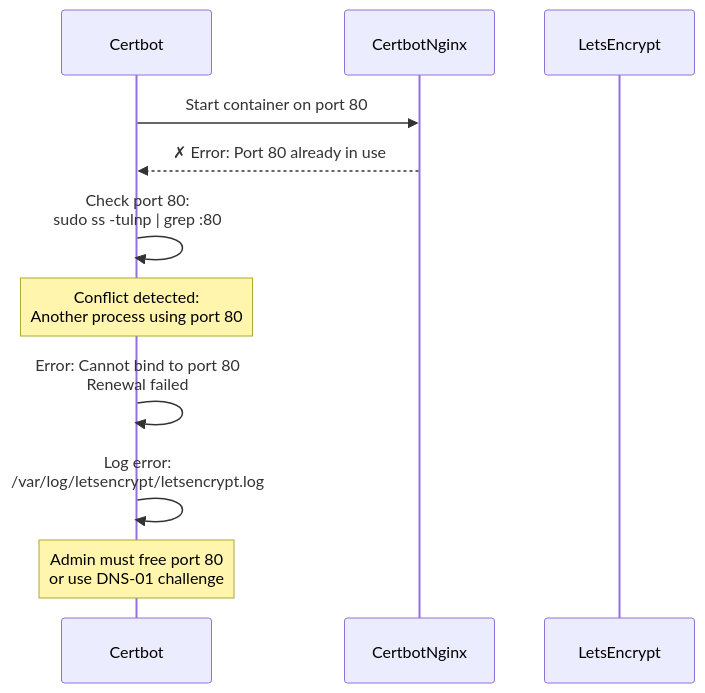
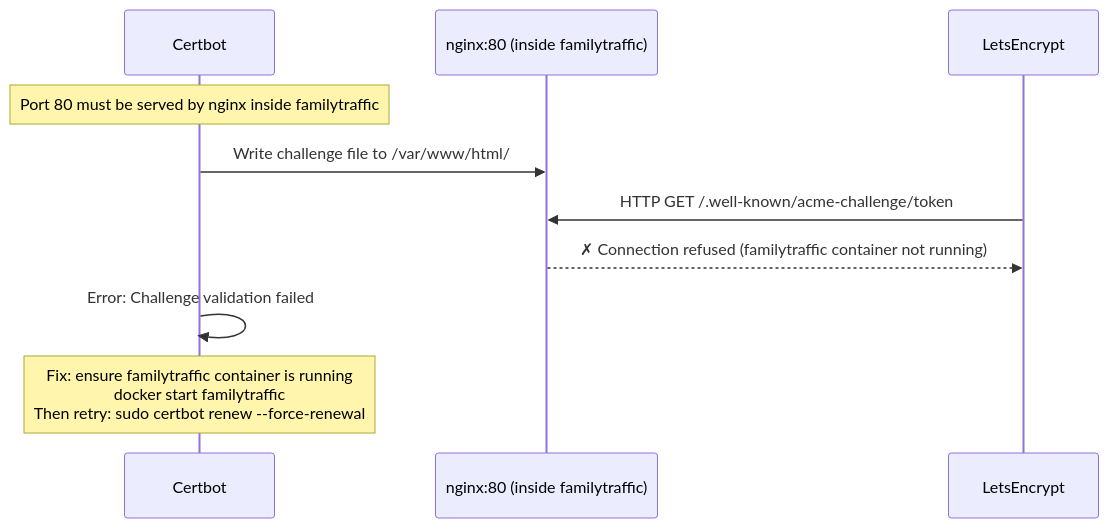
One commit to ikeniborn/vless changed the third of 8 diagrams in docs/architecture/diagrams/sequences/cert-renewal.md. Above: the diagram before and after it, drawn with Mermaid. The commit also changed other lines of this file and 24 other files, not shown here.

````diff
--- a/docs/architecture/diagrams/sequences/cert-renewal.md
+++ b/docs/architecture/diagrams/sequences/cert-renewal.md
@@ -149,19 +140,16 @@
 ```mermaid
 sequenceDiagram
     participant Certbot
-    participant CertbotNginx
+    participant NginxWebroot as nginx:80 (inside familytraffic)
     participant LetsEncrypt
 
-    Certbot->>CertbotNginx: Start container on port 80
-    CertbotNginx-->>Certbot: ✗ Error: Port 80 already in use
+    Note over Certbot: Port 80 must be served by nginx inside familytraffic
 
-    Certbot->>Certbot: Check port 80:<br/>sudo ss -tulnp | grep :80
+    Certbot->>NginxWebroot: Write challenge file to /var/www/html/
+    LetsEncrypt->>NginxWebroot: HTTP GET /.well-known/acme-challenge/token
+    NginxWebroot-->>LetsEncrypt: ✗ Connection refused (familytraffic container not running)
 
-    Note over Certbot: Conflict detected:<br/>Another process using port 80
+    Certbot->>Certbot: Error: Challenge validation failed
 
-    Certbot->>Certbot: Error: Cannot bind to port 80<br/>Renewal failed
-
-    Certbot->>Certbot: Log error:<br/>/var/log/letsencrypt/letsencrypt.log
-
-    Note over Certbot: Admin must free port 80<br/>or use DNS-01 challenge
+    Note over Certbot: Fix: ensure familytraffic container is running<br/>docker start familytraffic<br/>Then retry: sudo certbot renew --force-renewal
 ```
````
